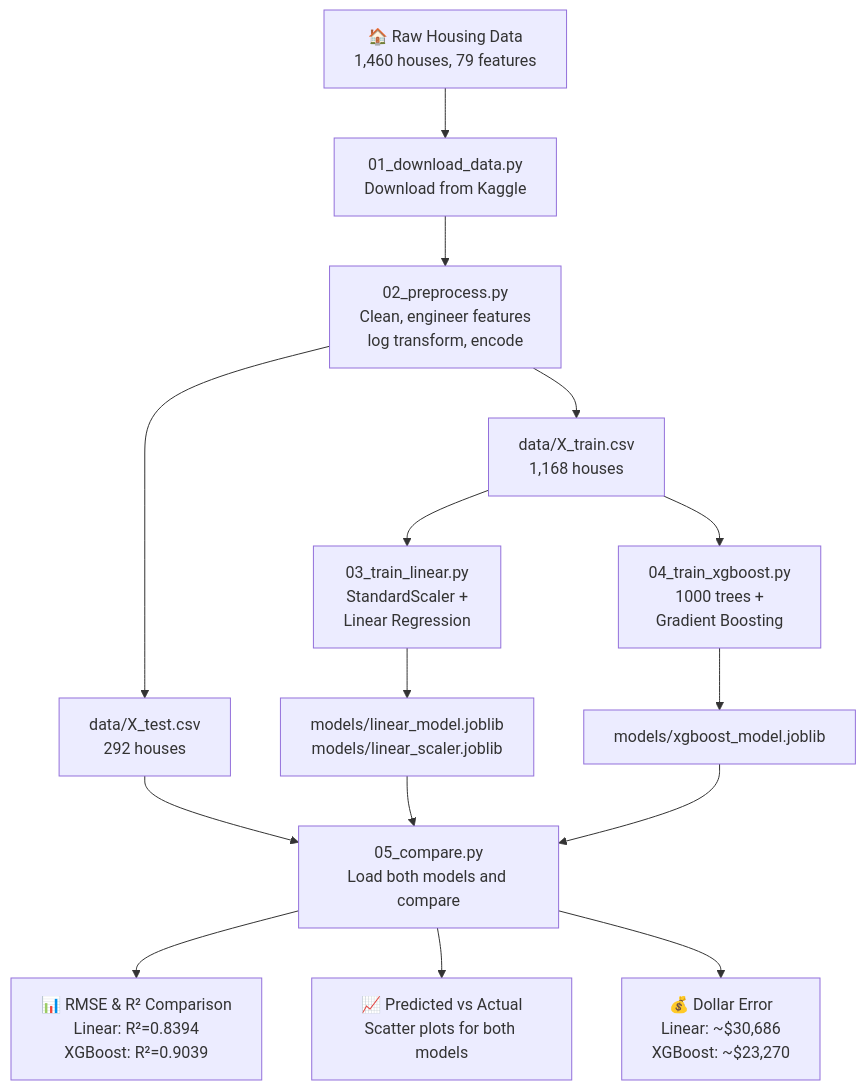
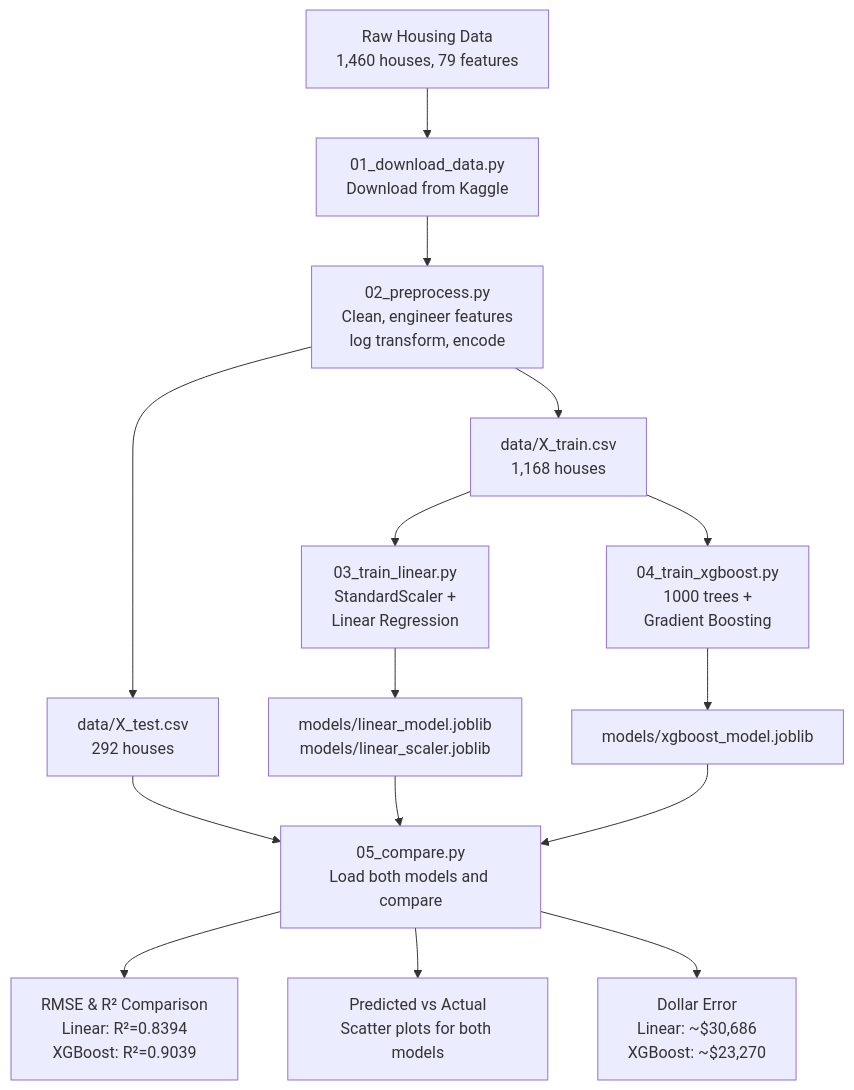
The diagram in docs/project_architecture.md (vknanavati/project3_house_price_prediction), drawn with Mermaid before and after one commit.

Commit message:
removed emojis

````diff
--- a/docs/project_architecture.md
+++ b/docs/project_architecture.md
@@ -1,21 +1,21 @@
 ```mermaid
 flowchart TD
-    A[🏠 Raw Housing Data\n1,460 houses, 79 features] --> B[01_download_data.py\nDownload from Kaggle]
+    A[Raw Housing Data\n1,460 houses, 79 features] --> B[01_download_data.py\nDownload from Kaggle]
     B --> C[02_preprocess.py\nClean, engineer features\nlog transform, encode]
     C --> D[data/X_train.csv\n1,168 houses]
     C --> E[data/X_test.csv\n292 houses]
 
     D --> F[03_train_linear.py\nStandardScaler +\nLinear Regression]
     D --> G[04_train_xgboost.py\n1000 trees +\nGradient Boosting]
 
     F --> H[models/linear_model.joblib\nmodels/linear_scaler.joblib]
     G --> I[models/xgboost_model.joblib]
 
     E --> J[05_compare.py\nLoad both models and compare]
     H --> J
     I --> J
 
-    J --> K[📊 RMSE & R² Comparison\nLinear: R²=0.8394\nXGBoost: R²=0.9039]
-    J --> L[📈 Predicted vs Actual\nScatter plots for both models]
-    J --> M[💰 Dollar Error\nLinear: ~$30,686\nXGBoost: ~$23,270]
+    J --> K[RMSE & R² Comparison\nLinear: R²=0.8394\nXGBoost: R²=0.9039]
+    J --> L[Predicted vs Actual\nScatter plots for both models]
+    J --> M[Dollar Error\nLinear: ~$30,686\nXGBoost: ~$23,270]
 ```
````
